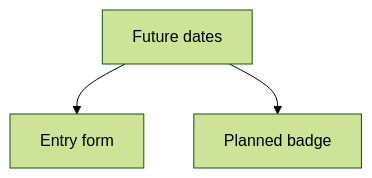
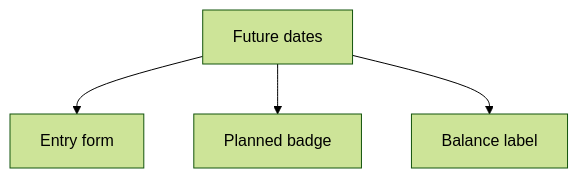
Before and after one commit to ggibellato/Financial: the diagram in docs/prd/P63-prd-settlement-planned-entries/prd-settlement-planned-entries.md, drawn with Mermaid (forest theme). The commit also changed other lines of this file and 8 other files, not shown here.

````diff
--- a/docs/prd/P63-prd-settlement-planned-entries/prd-settlement-planned-entries.md
+++ b/docs/prd/P63-prd-settlement-planned-entries/prd-settlement-planned-entries.md
@@ -174,5 +193,6 @@
 ```mermaid
 graph TD
   F01[Future dates] --> F02[Entry form]
   F01 --> F03[Planned badge]
+  F01 --> F04[Balance label]
 ```
````
